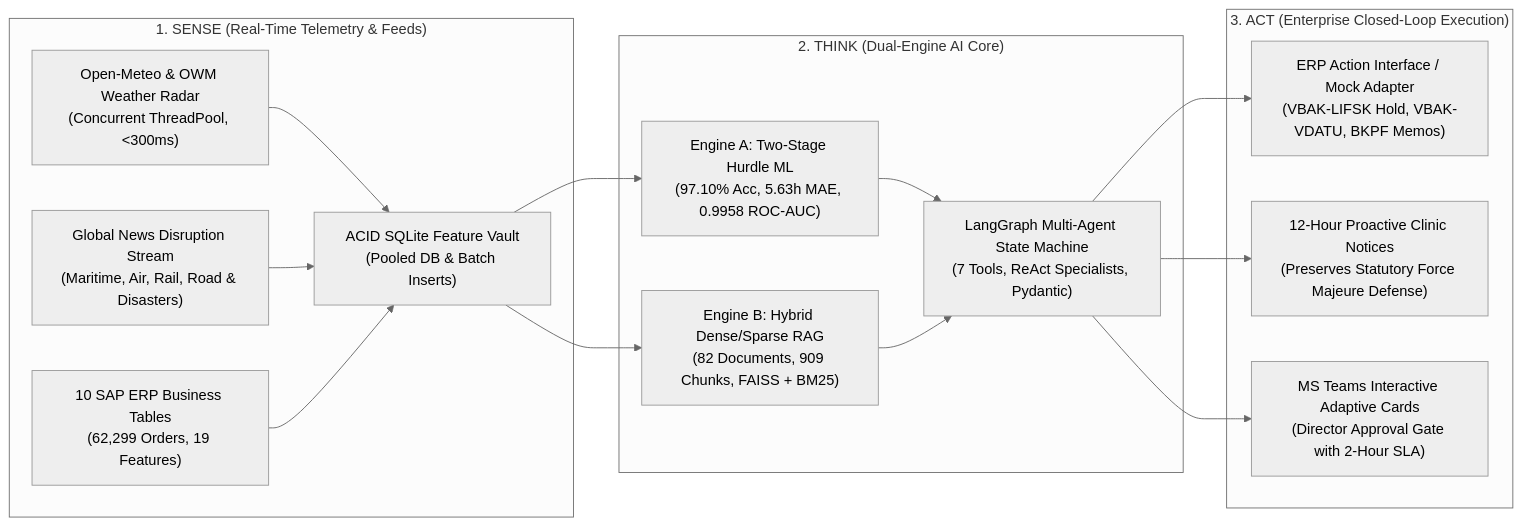
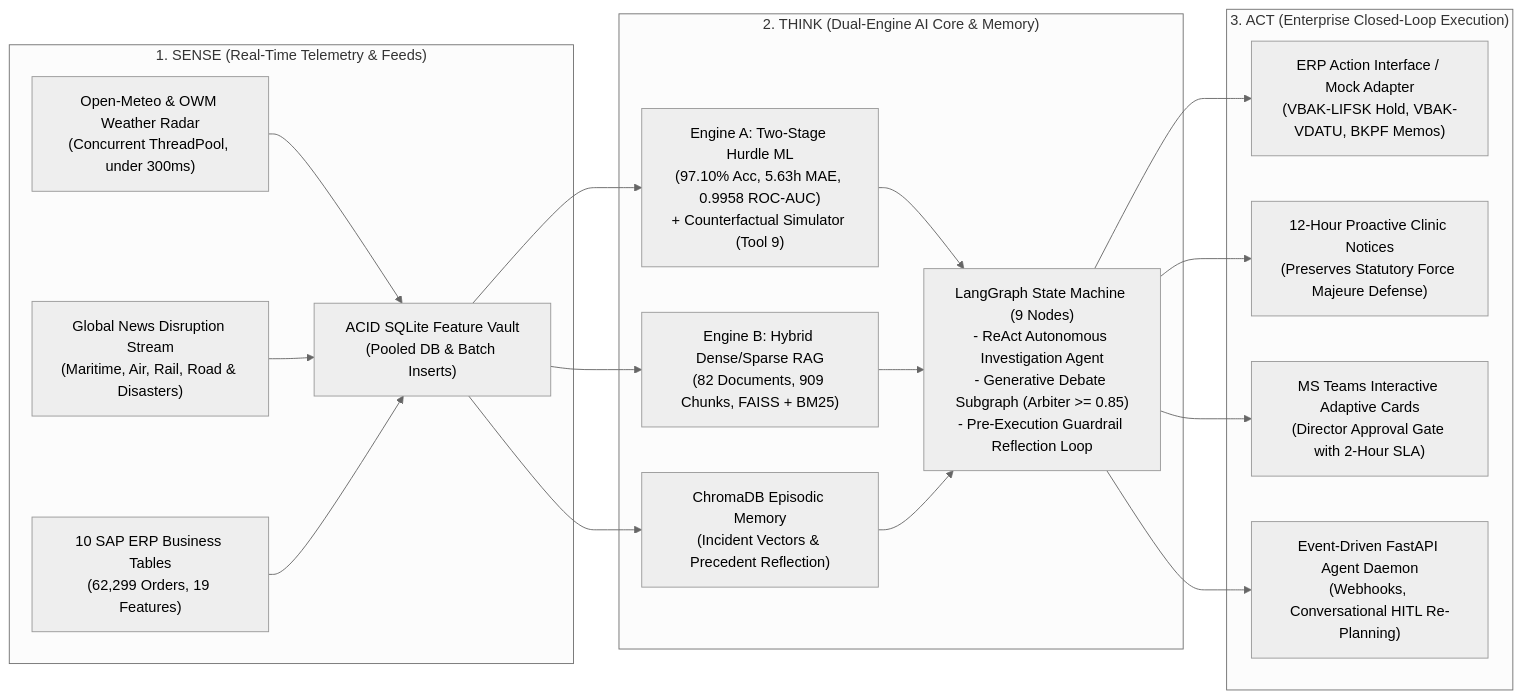
One commit to Az-har/O2C_AI changed the first of 4 diagrams in O2C_AI_ENTERPRISE_ARCHITECTURE_AND_BUSINESS_GUIDE.md. Above: the diagram before and after it, drawn with Mermaid (neutral theme). The commit also changed other lines of this file and 65 other files, not shown here.

````diff
--- a/O2C_AI_ENTERPRISE_ARCHITECTURE_AND_BUSINESS_GUIDE.md
+++ b/O2C_AI_ENTERPRISE_ARCHITECTURE_AND_BUSINESS_GUIDE.md
@@ -22,20 +22,24 @@
 ```mermaid
 graph LR
     subgraph "1. SENSE (Real-Time Telemetry & Feeds)"
-        A1["Open-Meteo & OWM Weather Radar<br/>(Concurrent ThreadPool, <300ms)"] --> B["ACID SQLite Feature Vault<br/>(Pooled DB & Batch Inserts)"]
+        A1["Open-Meteo & OWM Weather Radar<br/>(Concurrent ThreadPool, under 300ms)"] --> B["ACID SQLite Feature Vault<br/>(Pooled DB & Batch Inserts)"]
         A2["Global News Disruption Stream<br/>(Maritime, Air, Rail, Road & Disasters)"] --> B
         A3["10 SAP ERP Business Tables<br/>(62,299 Orders, 19 Features)"] --> B
     end
 
-    subgraph "2. THINK (Dual-Engine AI Core)"
-        B --> C1["Engine A: Two-Stage Hurdle ML<br/>(97.10% Acc, 5.63h MAE, 0.9958 ROC-AUC)"]
+    subgraph "2. THINK (Dual-Engine AI Core & Memory)"
+        B --> C1["Engine A: Two-Stage Hurdle ML<br/>(97.10% Acc, 5.63h MAE, 0.9958 ROC-AUC)<br/>+ Counterfactual Simulator (Tool 9)"]
         B --> C2["Engine B: Hybrid Dense/Sparse RAG<br/>(82 Documents, 909 Chunks, FAISS + BM25)"]
-        C1 & C2 --> D["LangGraph Multi-Agent State Machine<br/>(7 Tools, ReAct Specialists, Pydantic)"]
+        B --> C3["ChromaDB Episodic Memory<br/>(Incident Vectors & Precedent Reflection)"]
+        C1 --> D["LangGraph State Machine (9 Nodes)<br/>- ReAct Autonomous Investigation Agent<br/>- Generative Debate Subgraph (Arbiter >= 0.85)<br/>- Pre-Execution Guardrail Reflection Loop"]
+        C2 --> D
+        C3 --> D
     end
 
     subgraph "3. ACT (Enterprise Closed-Loop Execution)"
         D --> E1["ERP Action Interface / Mock Adapter<br/>(VBAK-LIFSK Hold, VBAK-VDATU, BKPF Memos)"]
         D --> E2["12-Hour Proactive Clinic Notices<br/>(Preserves Statutory Force Majeure Defense)"]
         D --> E3["MS Teams Interactive Adaptive Cards<br/>(Director Approval Gate with 2-Hour SLA)"]
+        D --> E4["Event-Driven FastAPI Agent Daemon<br/>(Webhooks, Conversational HITL Re-Planning)"]
     end
 ```
````
